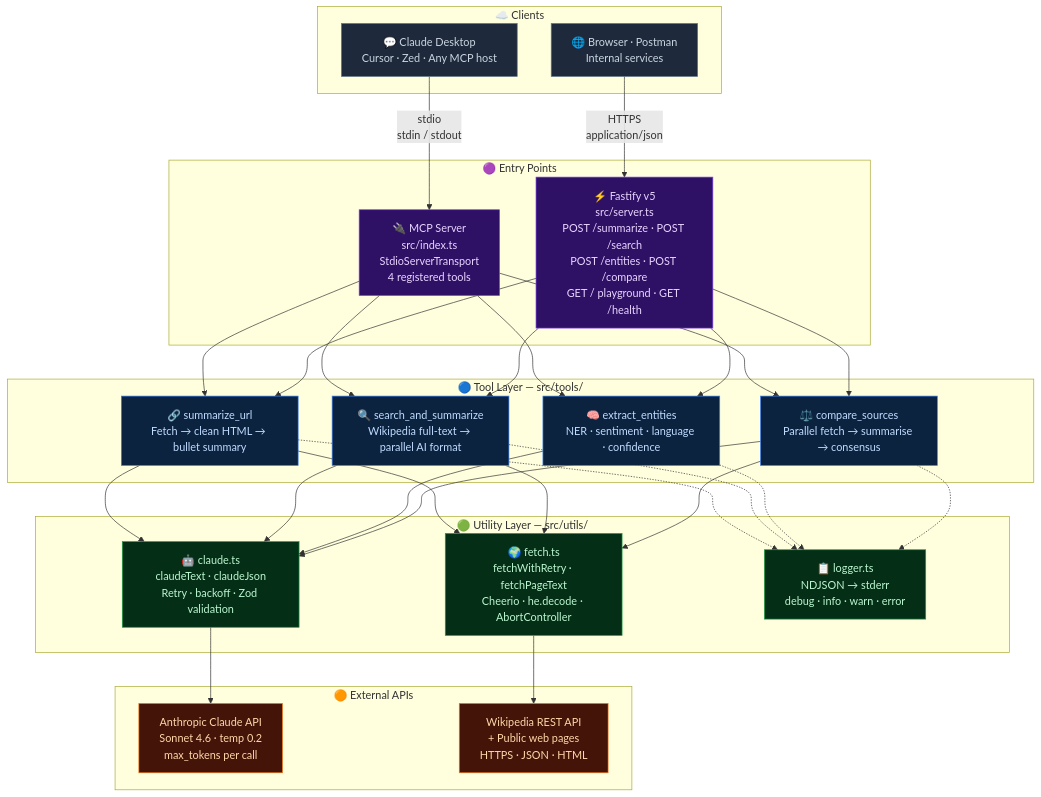
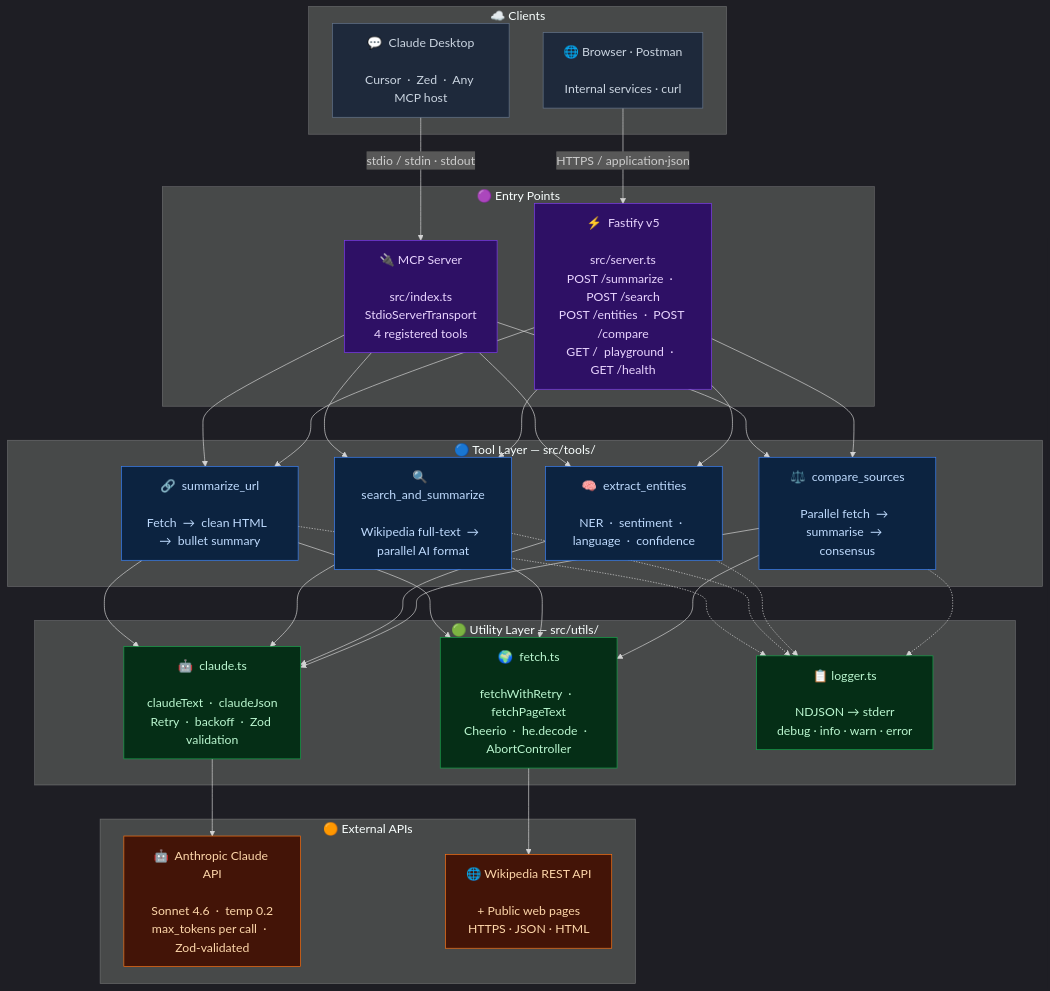
Before and after one commit to pritmon/research-mcp: the diagram in README.md, drawn with Mermaid.

Commit message:
Increase Mermaid diagram font size to 18px with monospace font

````diff
--- a/README.md
+++ b/README.md
@@ -68,55 +68,57 @@
 ```mermaid
+%%{init: { 'theme': 'dark', 'themeVariables': { 'fontSize': '18px', 'fontFamily': 'ui-monospace, monospace' } }}%%
+
 flowchart TD
-    subgraph CLIENTS["☁️  Clients"]
-        CD["💬 Claude Desktop\nCursor · Zed · Any MCP host"]
-        HC["🌐 Browser · Postman\nInternal services"]
+    subgraph CLIENTS["☁️   Clients"]
+        CD["💬  Claude Desktop\n\nCursor  ·  Zed  ·  Any MCP host"]
+        HC["🌐  Browser  ·  Postman\n\nInternal services  ·  curl"]
     end
 
-    subgraph ENTRY["🟣  Entry Points"]
-        MCP["🔌 MCP Server\nsrc/index.ts\nStdioServerTransport\n4 registered tools"]
-        HTTP["⚡ Fastify v5\nsrc/server.ts\nPOST /summarize · POST /search\nPOST /entities · POST /compare\nGET / playground · GET /health"]
+    subgraph ENTRY["🟣   Entry Points"]
+        MCP["🔌  MCP Server\n\nsrc/index.ts\nStdioServerTransport\n4 registered tools"]
+        HTTP["⚡  Fastify v5\n\nsrc/server.ts\nPOST /summarize  ·  POST /search\nPOST /entities  ·  POST /compare\nGET /  playground  ·  GET /health"]
     end
 
-    subgraph TOOLS["🔵  Tool Layer  —  src/tools/"]
-        SUM["🔗 summarize_url\nFetch → clean HTML → bullet summary"]
-        SCH["🔍 search_and_summarize\nWikipedia full-text → parallel AI format"]
-        ENT["🧠 extract_entities\nNER · sentiment · language · confidence"]
-        CMP["⚖️ compare_sources\nParallel fetch → summarise → consensus"]
+    subgraph TOOLS["🔵   Tool Layer  —  src/tools/"]
+        SUM["🔗  summarize_url\n\nFetch  →  clean HTML  →  bullet summary"]
+        SCH["🔍  search_and_summarize\n\nWikipedia full-text  →  parallel AI format"]
+        ENT["🧠  extract_entities\n\nNER  ·  sentiment  ·  language  ·  confidence"]
+        CMP["⚖️  compare_sources\n\nParallel fetch  →  summarise  →  consensus"]
     end
 
-    subgraph UTILS["🟢  Utility Layer  —  src/utils/"]
-        CL["🤖 claude.ts\nclaudeText · claudeJson\nRetry · backoff · Zod validation"]
-        FT["🌍 fetch.ts\nfetchWithRetry · fetchPageText\nCheerio · he.decode · AbortController"]
-        LG["📋 logger.ts\nNDJSON → stderr\ndebug · info · warn · error"]
+    subgraph UTILS["🟢   Utility Layer  —  src/utils/"]
+        CL["🤖  claude.ts\n\nclaudeText  ·  claudeJson\nRetry  ·  backoff  ·  Zod validation"]
+        FT["🌍  fetch.ts\n\nfetchWithRetry  ·  fetchPageText\nCheerio  ·  he.decode  ·  AbortController"]
+        LG["📋  logger.ts\n\nNDJSON  →  stderr\ndebug  ·  info  ·  warn  ·  error"]
     end
 
-    subgraph EXT["🟠  External APIs"]
-        ANT["Anthropic Claude API\nSonnet 4.6 · temp 0.2\nmax_tokens per call"]
-        WEB["Wikipedia REST API\n+ Public web pages\nHTTPS · JSON · HTML"]
+    subgraph EXT["🟠   External APIs"]
+        ANT["🤖  Anthropic Claude API\n\nSonnet 4.6  ·  temp 0.2\nmax_tokens per call  ·  Zod-validated"]
+        WEB["🌐  Wikipedia REST API\n\n+ Public web pages\nHTTPS  ·  JSON  ·  HTML"]
     end
 
-    CD -- "stdio\nstdin / stdout" --> MCP
-    HC -- "HTTPS\napplication/json" --> HTTP
+    CD -- "stdio  /  stdin · stdout" --> MCP
+    HC -- "HTTPS  /  application·json" --> HTTP
 
     MCP --> SUM & SCH & ENT & CMP
     HTTP --> SUM & SCH & ENT & CMP
 
     SUM & SCH & ENT & CMP --> CL
     SUM & SCH & CMP --> FT
     SUM & SCH & ENT & CMP -.-> LG
 
     CL --> ANT
     FT --> WEB
 
-    classDef clients  fill:#1e293b,stroke:#64748b,color:#cbd5e1
-    classDef entry    fill:#2e1065,stroke:#7c3aed,color:#e9d5ff
-    classDef tool     fill:#0c2340,stroke:#3b82f6,color:#bfdbfe
-    classDef utility  fill:#052e16,stroke:#16a34a,color:#bbf7d0
-    classDef external fill:#431407,stroke:#f97316,color:#fed7aa
+    classDef clients  fill:#1e293b,stroke:#64748b,color:#cbd5e1,font-size:18px
+    classDef entry    fill:#2e1065,stroke:#7c3aed,color:#e9d5ff,font-size:18px
+    classDef tool     fill:#0c2340,stroke:#3b82f6,color:#bfdbfe,font-size:18px
+    classDef utility  fill:#052e16,stroke:#16a34a,color:#bbf7d0,font-size:18px
+    classDef external fill:#431407,stroke:#f97316,color:#fed7aa,font-size:18px
 
     class CD,HC clients
     class MCP,HTTP entry
     class SUM,SCH,ENT,CMP tool
     class CL,FT,LG utility
     class ANT,WEB external
 ```
````
